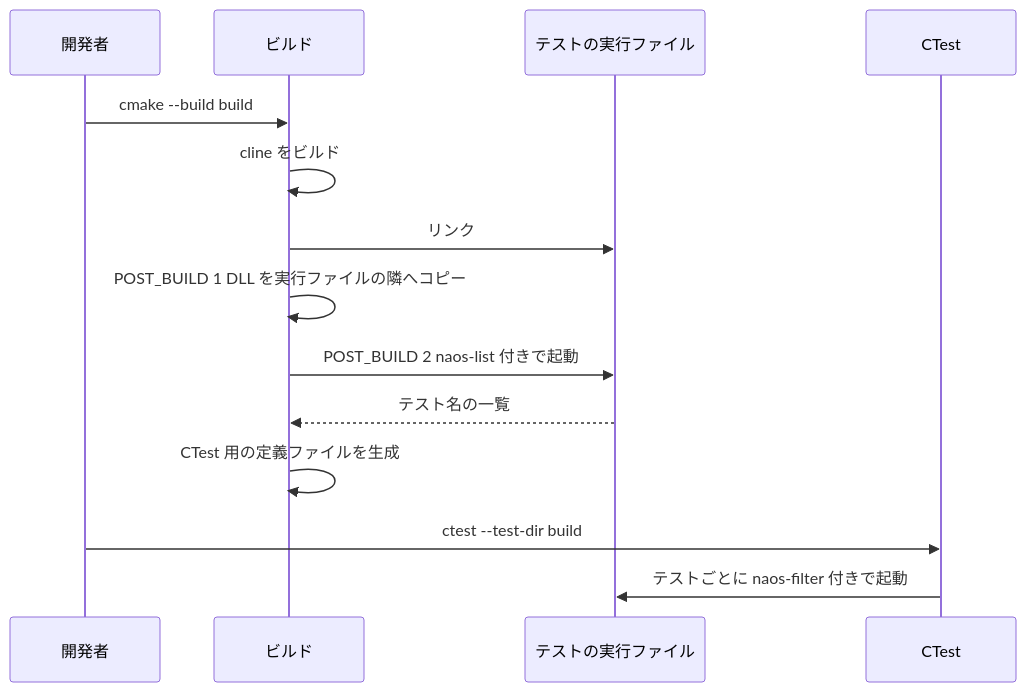
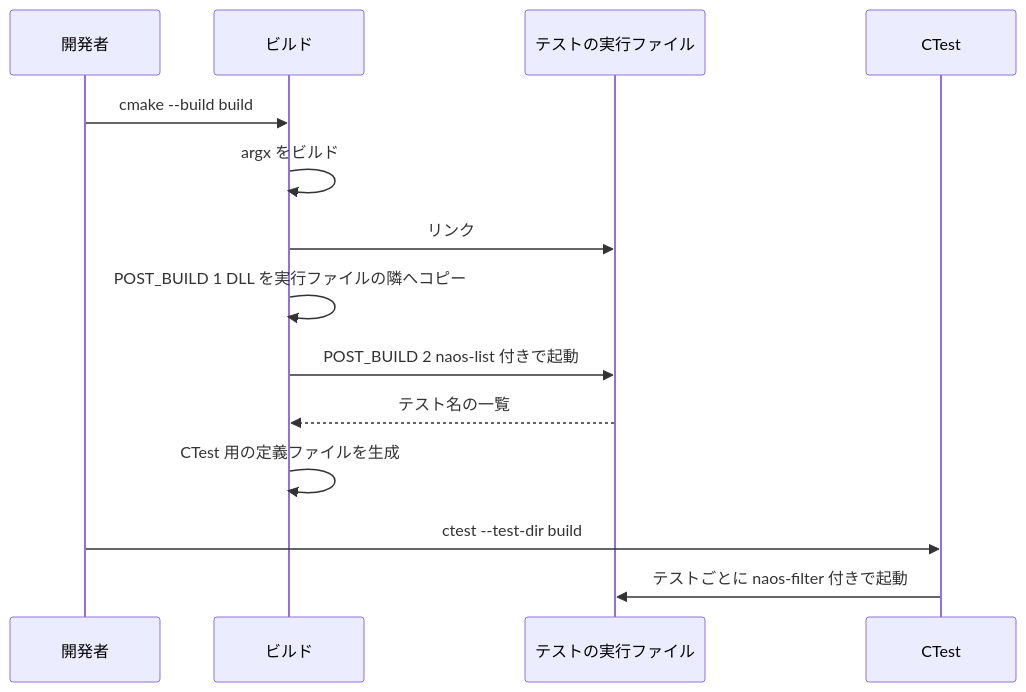
The third of 3 diagrams in .kiro/specs/build-foundation/design.md (ktdevx/cargs), drawn with Mermaid before and after one commit. The commit also changed other lines of this file and 177 other files, not shown here.

````diff
--- a/.kiro/specs/build-foundation/design.md
+++ b/.kiro/specs/build-foundation/design.md
@@ -205,17 +205,17 @@
 ```mermaid
 sequenceDiagram
     participant Dev as 開発者
     participant Build as ビルド
     participant Exe as テストの実行ファイル
     participant CTest as CTest
 
     Dev->>Build: cmake --build build
-    Build->>Build: cline をビルド
+    Build->>Build: argx をビルド
     Build->>Exe: リンク
     Build->>Build: POST_BUILD 1 DLL を実行ファイルの隣へコピー
     Build->>Exe: POST_BUILD 2 naos-list 付きで起動
     Exe-->>Build: テスト名の一覧
     Build->>Build: CTest 用の定義ファイルを生成
     Dev->>CTest: ctest --test-dir build
     CTest->>Exe: テストごとに naos-filter 付きで起動
 ```
````
